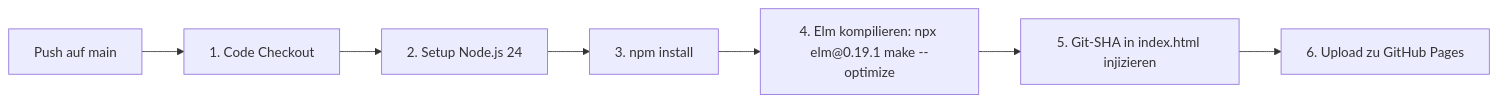
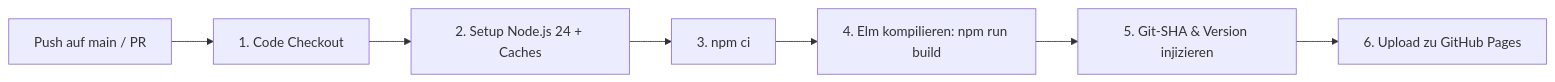
One commit to Der-Mehlmann/KrokenKompass changed the diagram in docs/🚀-Deployment-&-CI-CD-Pipelines.md. Above: the diagram before and after it, drawn with Mermaid. The commit also changed other lines of this file and 1 other file, not shown here.

Commit message:
ci: add CI workflow for build validation and caching Elm dependencies

````diff
--- a/docs/🚀-Deployment-&-CI-CD-Pipelines.md
+++ b/docs/🚀-Deployment-&-CI-CD-Pipelines.md
@@ -9,9 +9,9 @@
 ```mermaid
 flowchart LR
-    Push[Push auf main] --> Checkout[1. Code Checkout]
-    Checkout --> Setup[2. Setup Node.js 24]
-    Setup --> Install[3. npm install]
-    Install --> Compile[4. Elm kompilieren: npx elm@0.19.1 make --optimize]
-    Compile --> Version[5. Git-SHA in index.html injizieren]
+    Push[Push auf main / PR] --> Checkout[1. Code Checkout]
+    Checkout --> Setup[2. Setup Node.js 24 + Caches]
+    Setup --> Install[3. npm ci]
+    Install --> Compile[4. Elm kompilieren: npm run build]
+    Compile --> Version[5. Git-SHA & Version injizieren]
     Version --> Deploy[6. Upload zu GitHub Pages]
 ```
````
